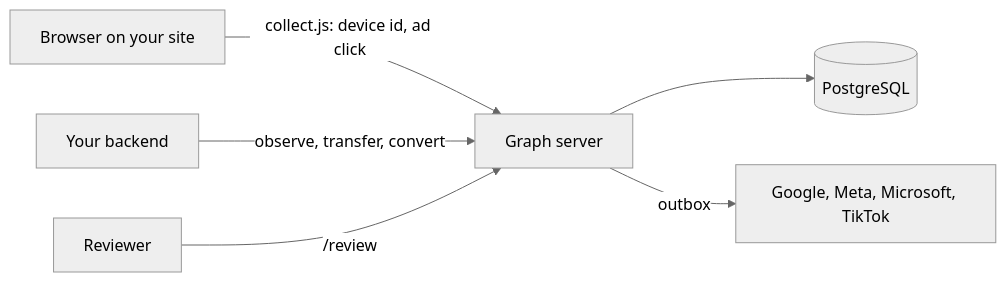
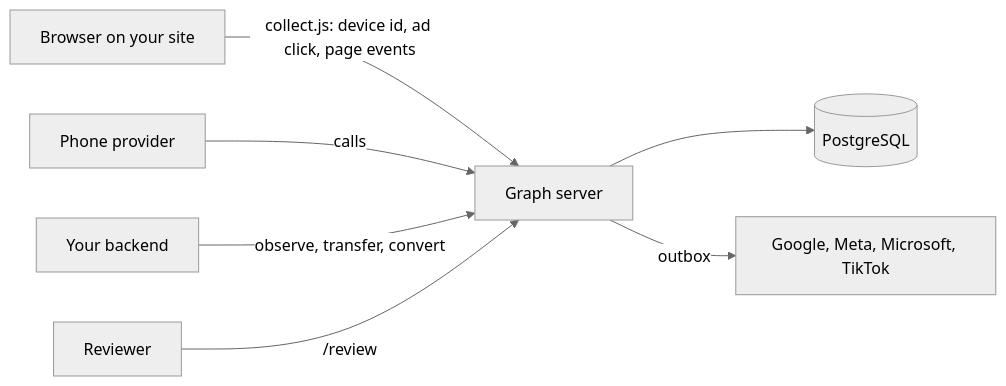
Before and after one commit to pwngh/account-graph: the diagram in README.md, drawn with Mermaid (neutral theme). The commit also changed other lines of this file and 7 other files, not shown here.

Commit message:
docs: page events and phone calls, routes and settings for both

````diff
--- a/README.md
+++ b/README.md
@@ -25,8 +25,9 @@
 ```mermaid
 flowchart LR
-  B[Browser on your site] -- "collect.js: device id, ad click" --> S[Graph server]
+  B[Browser on your site] -- "collect.js: device id, ad click, page events" --> S[Graph server]
+  T[Phone provider] -- "calls" --> S
   A[Your backend] -- "observe, transfer, convert" --> S
   R[Reviewer] -- "/review" --> S
   S --> G[(PostgreSQL)]
   S -- "outbox" --> P[Google, Meta, Microsoft, TikTok]
 ```
````
